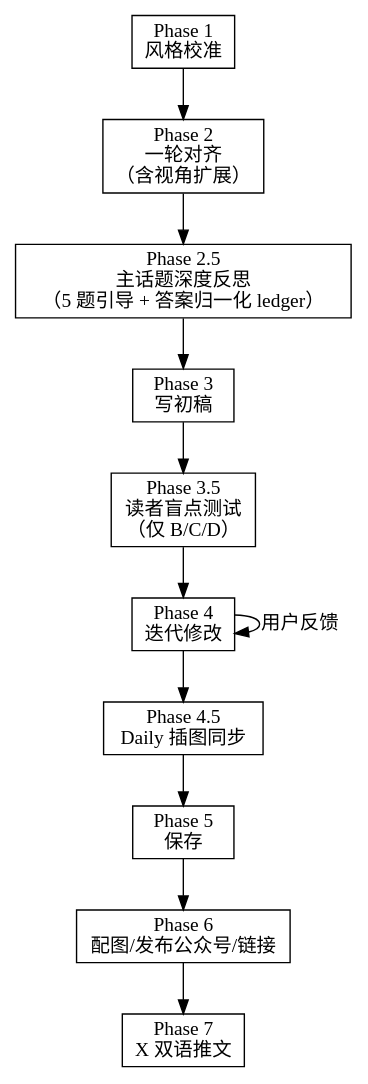
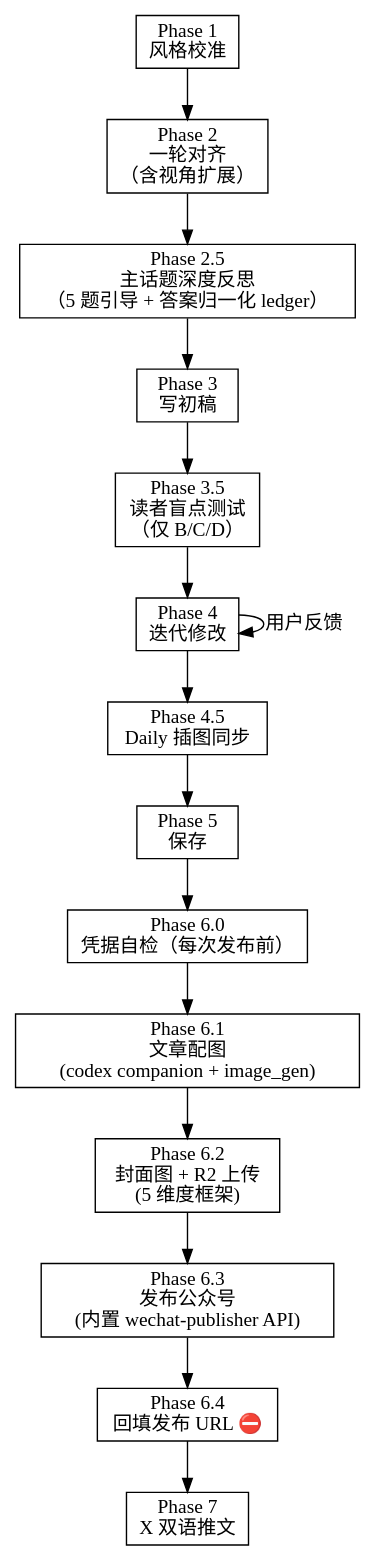
Before and after one commit to ken-zy/jdy_writer: the diagram in SKILL.md, drawn with Graphviz. The commit also changed other lines of this file and 112 other files, not shown here.

````diff
--- a/SKILL.md
+++ b/SKILL.md
@@ -21,20 +23,25 @@
 ```dot
 digraph workflow {
     rankdir=TB;
     node [shape=box];
 
     calibrate [label="Phase 1\n风格校准"];
     align [label="Phase 2\n一轮对齐\n（含视角扩展）"];
     fupan [label="Phase 2.5\n主话题深度反思\n（5 题引导 + 答案归一化 ledger）"];
     draft [label="Phase 3\n写初稿"];
     readertest [label="Phase 3.5\n读者盲点测试\n（仅 B/C/D）"];
     iterate [label="Phase 4\n迭代修改"];
     imagesync [label="Phase 4.5\nDaily 插图同步"];
     save [label="Phase 5\n保存"];
-    extras [label="Phase 6\n配图/发布公众号/链接"];
+    credcheck [label="Phase 6.0\n凭据自检（每次发布前）"];
+    illust [label="Phase 6.1\n文章配图\n(codex companion + image_gen)"];
+    cover [label="Phase 6.2\n封面图 + R2 上传\n(5 维度框架)"];
+    publish [label="Phase 6.3\n发布公众号\n(内置 wechat-publisher API)"];
+    geturl [label="Phase 6.4\n回填发布 URL ⛔"];
     xpost [label="Phase 7\nX 双语推文"];
 
-    calibrate -> align -> fupan -> draft -> readertest -> iterate -> imagesync -> save -> extras -> xpost;
+    calibrate -> align -> fupan -> draft -> readertest -> iterate -> imagesync -> save -> credcheck;
+    credcheck -> illust -> cover -> publish -> geturl -> xpost;
     iterate -> iterate [label="用户反馈"];
 }
 ```
````
